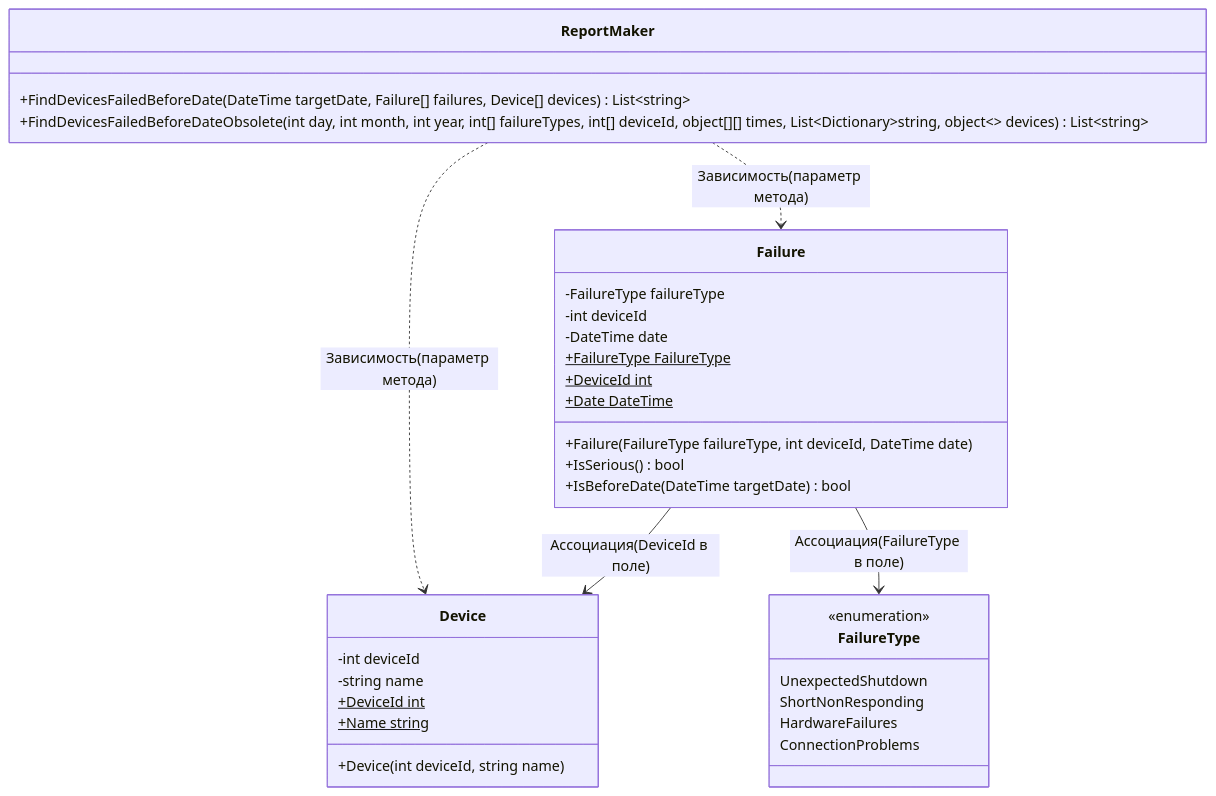
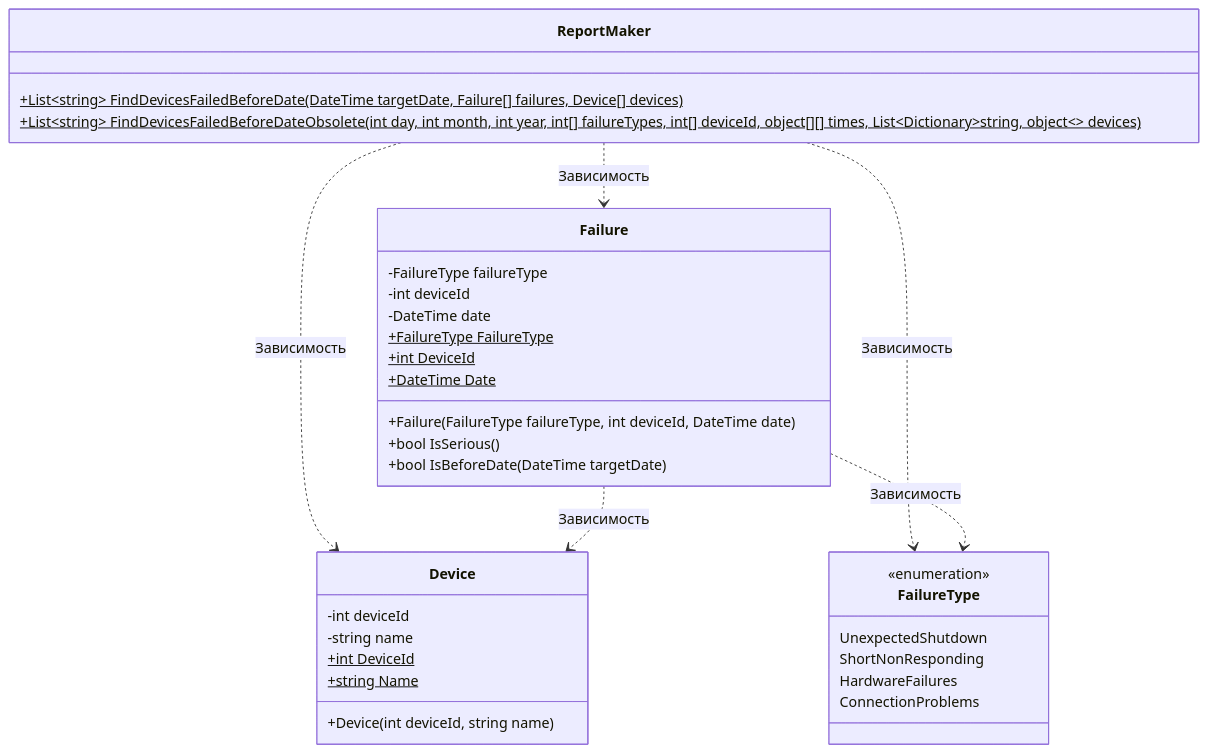
Before and after one commit to AnfisaAvdeeva/practice_ulearn_2026: the diagram in sboi.md, drawn with Mermaid.

````diff
--- a/sboi.md
+++ b/sboi.md
@@ -11,42 +11,43 @@
 ```mermaid
 classDiagram
     direction TB
 
     class FailureType {
         <<enumeration>>
         UnexpectedShutdown
         ShortNonResponding
         HardwareFailures
         ConnectionProblems
     }
 
     class Device {
         -int deviceId
         -string name
         +Device(int deviceId, string name)
-        +DeviceId int$
-        +Name string$
+        +int DeviceId$
+        +string Name$
     }
 
     class Failure {
         -FailureType failureType
         -int deviceId
         -DateTime date
         +Failure(FailureType failureType, int deviceId, DateTime date)
-        +IsSerious() bool
-        +IsBeforeDate(DateTime targetDate) bool
+        +bool IsSerious()
+        +bool IsBeforeDate(DateTime targetDate)
         +FailureType FailureType$
-        +DeviceId int$
-        +Date DateTime$
+        +int DeviceId$
+        +DateTime Date$
     }
 
     class ReportMaker {
-        +FindDevicesFailedBeforeDate(DateTime targetDate, Failure[] failures, Device[] devices) List~string~
-        +FindDevicesFailedBeforeDateObsolete(int day, int month, int year, int[] failureTypes, int[] deviceId, object[][] times, List~Dictionary~string, object~~ devices) List~string~
+        +List~string~ FindDevicesFailedBeforeDate(DateTime targetDate, Failure[] failures, Device[] devices)$
+        +List~string~ FindDevicesFailedBeforeDateObsolete(int day, int month, int year, int[] failureTypes, int[] deviceId, object[][] times, List~Dictionary~string, object~~ devices)$
     }
 
-    ReportMaker ..> Failure : Зависимость(параметр метода)
-    ReportMaker ..> Device : Зависимость(параметр метода)
-    Failure --> Device : Ассоциация(DeviceId в поле)
-    Failure --> FailureType : Ассоциация(FailureType в поле)
+    ReportMaker ..> Failure : Зависимость
+    ReportMaker ..> Device : Зависимость
+    ReportMaker ..> FailureType : Зависимость
+    Failure ..> Device : Зависимость
+    Failure ..> FailureType : Зависимость
 ```
````
